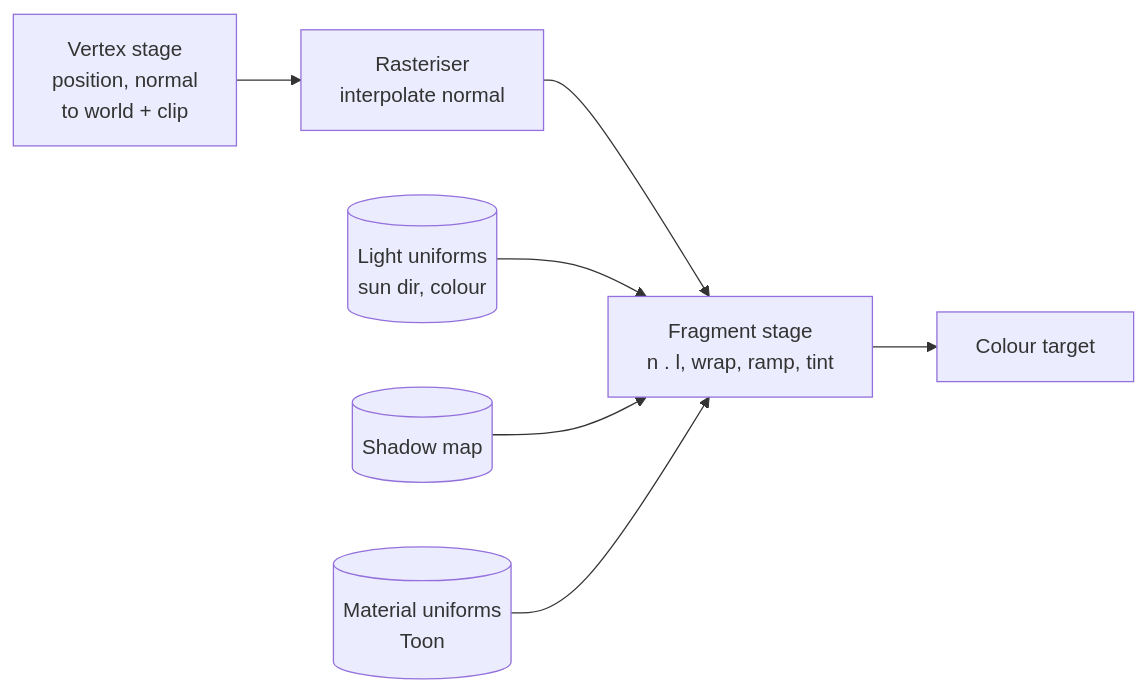
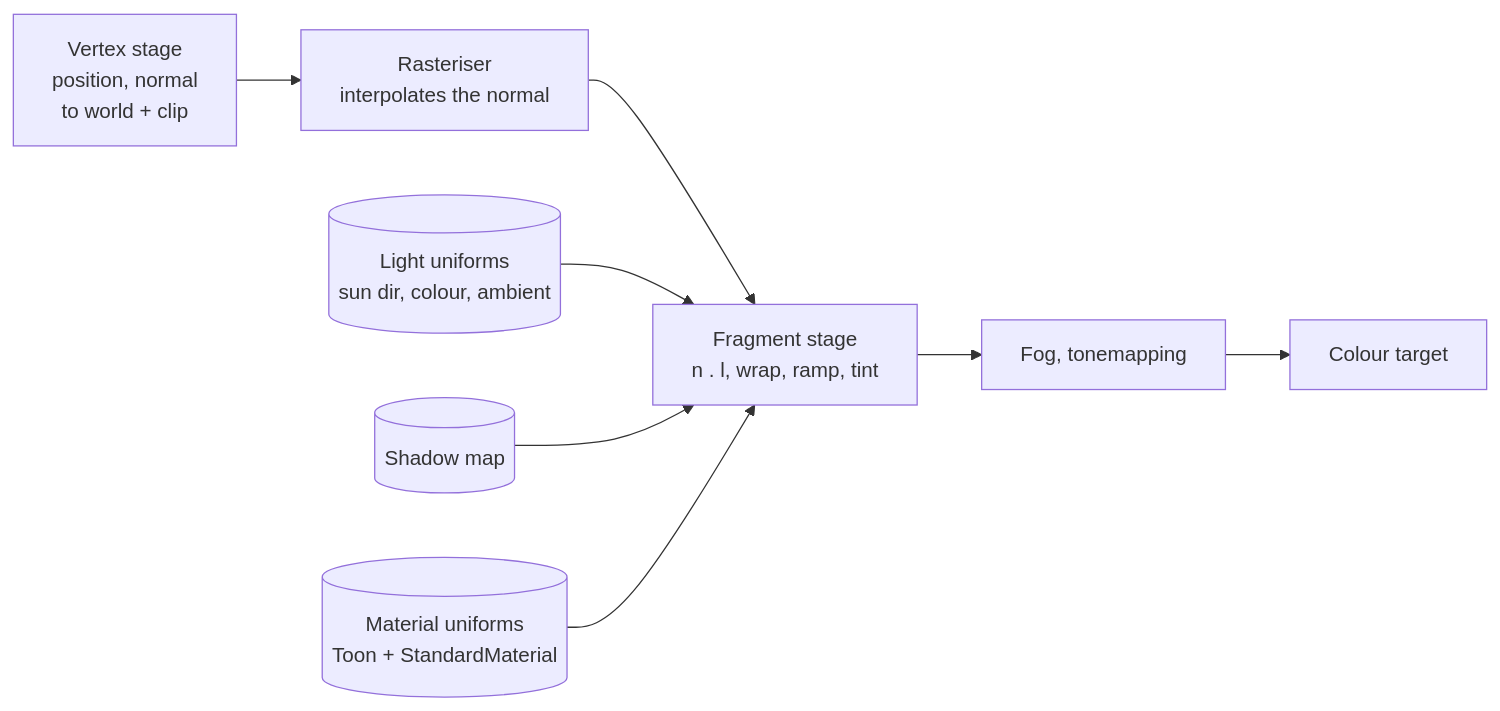
One commit to JohnnyNewman/Econoplex2 changed the diagram in docs/shaders/02-toon.md. Above: the diagram before and after it, drawn with Mermaid. The commit also changed other lines of this file and 14 other files, not shown here.

````diff
--- a/docs/shaders/02-toon.md
+++ b/docs/shaders/02-toon.md
@@ -87,9 +179,9 @@
 ```mermaid
 flowchart LR
-  V[Vertex stage\nposition, normal\nto world + clip] --> RS[Rasteriser\ninterpolate normal]
-  RS --> F[Fragment stage\nn . l, wrap, ramp, tint]
-  L[(Light uniforms\nsun dir, colour)] --> F
-  SM[(Shadow map)] --> F
-  M[(Material uniforms\nToon)] --> F
-  F --> O[Colour target]
+  V["Vertex stage<br/>position, normal<br/>to world + clip"] --> RS["Rasteriser<br/>interpolates the normal"]
+  RS --> F["Fragment stage<br/>n . l, wrap, ramp, tint"]
+  L[("Light uniforms<br/>sun dir, colour, ambient")] --> F
+  SM[("Shadow map")] --> F
+  M[("Material uniforms<br/>Toon + StandardMaterial")] --> F
+  F --> P["Fog, tonemapping"] --> O["Colour target"]
 ```
````
